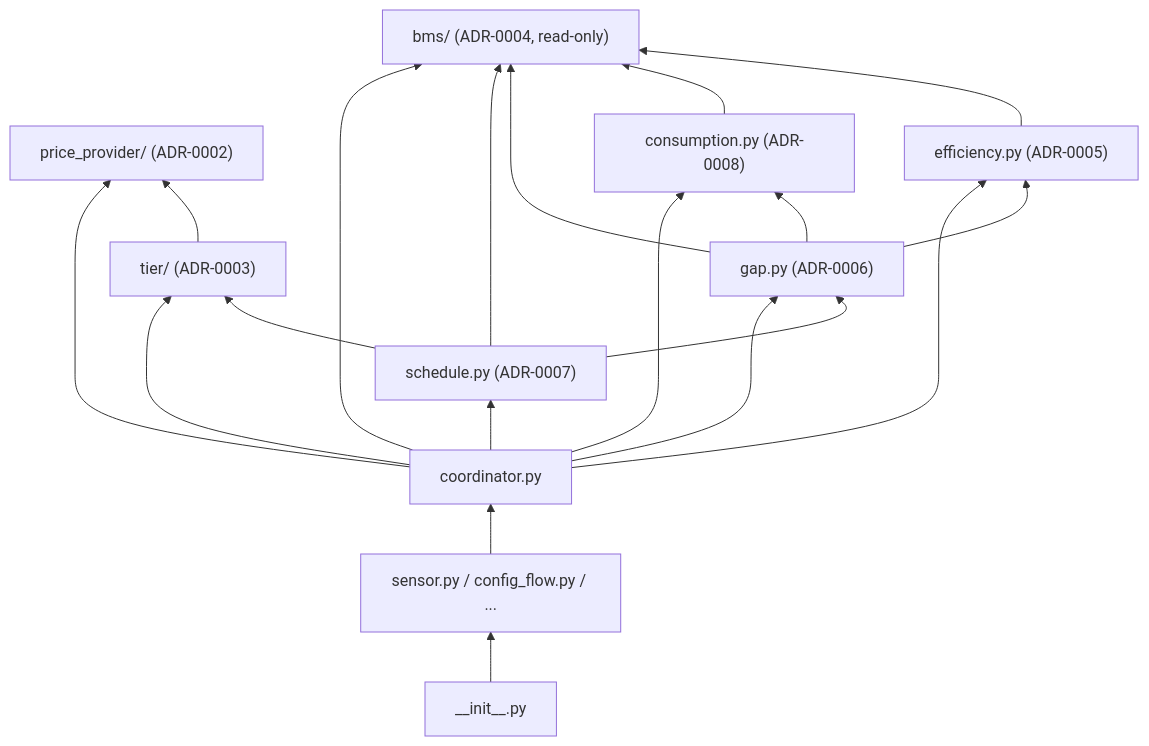
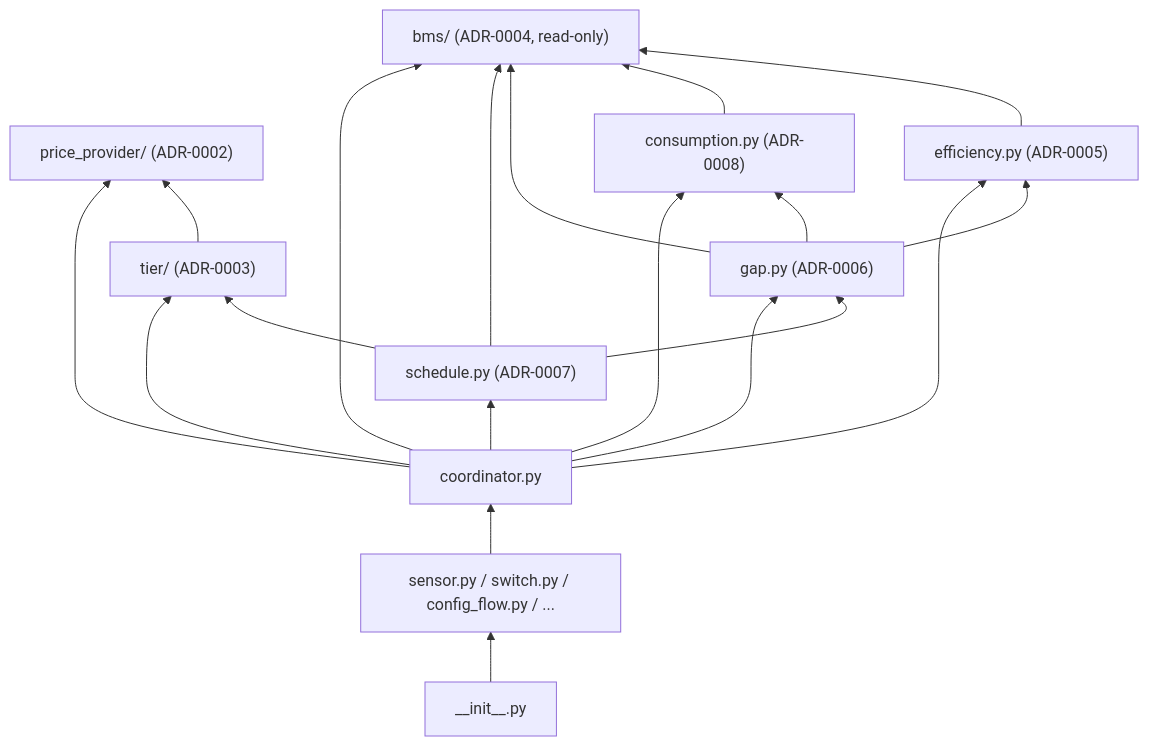
Before and after one commit to eschnepel/chargy: the diagram in adr/ADR-0001-project-conventions.md, drawn with Mermaid. The commit also changed other lines of this file and 13 other files, not shown here.

````diff
--- a/adr/ADR-0001-project-conventions.md
+++ b/adr/ADR-0001-project-conventions.md
@@ -42,32 +42,32 @@
 ```mermaid
 flowchart BT
     price_provider["price_provider/ (ADR-0002)"]
     tier["tier/ (ADR-0003)"]
     bms["bms/ (ADR-0004, read-only)"]
     consumption["consumption.py (ADR-0008)"]
     efficiency["efficiency.py (ADR-0005)"]
     gap["gap.py (ADR-0006)"]
     schedule["schedule.py (ADR-0007)"]
     coordinator["coordinator.py"]
-    entity_glue["sensor.py / config_flow.py / ..."]
+    entity_glue["sensor.py / switch.py / config_flow.py / ..."]
     init["__init__.py"]
 
     tier --> price_provider
     efficiency --> bms
     consumption --> bms
     gap --> bms
     gap --> consumption
     gap --> efficiency
     schedule --> tier
     schedule --> gap
     schedule --> bms
     coordinator --> price_provider
     coordinator --> tier
     coordinator --> bms
     coordinator --> consumption
     coordinator --> efficiency
     coordinator --> gap
     coordinator --> schedule
     entity_glue --> coordinator
     init --> entity_glue
 ```
````
